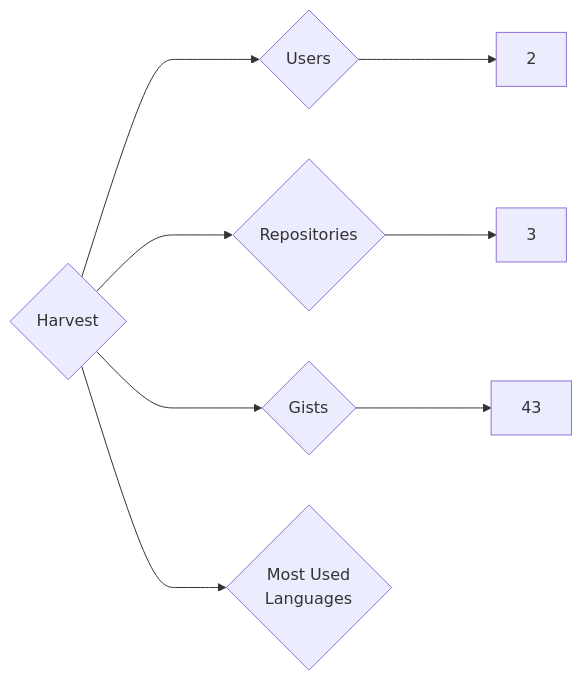
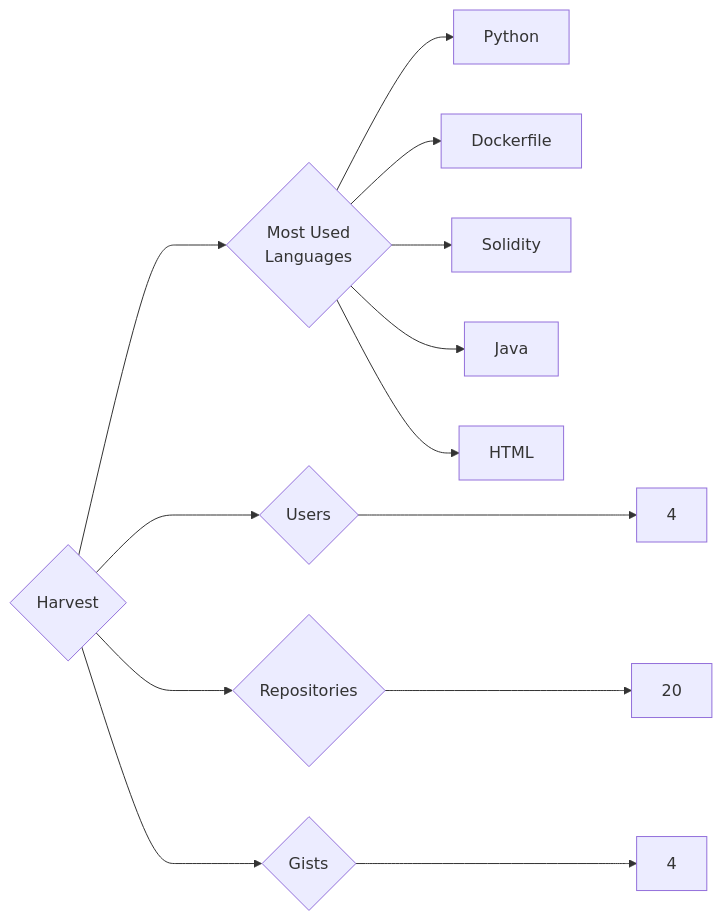
One commit to trickest/insiders changed the diagram in targets/Harvest/README.md. Above: the diagram before and after it, drawn with Mermaid. The commit also changed 1238 other files, not shown here.

````diff
--- a/targets/Harvest/README.md
+++ b/targets/Harvest/README.md
@@ -3,8 +3,13 @@
 ```mermaid
 graph LR
 COMPANY_NAME{Harvest}
-COMPANY_NAME ---> U{Users} ---> UN[2]
-COMPANY_NAME ---> R{Repositories} ---> RN[3]
-COMPANY_NAME ---> G{Gists} ---> GN[43]
+COMPANY_NAME ---> U{Users} ---> UN[4]
+COMPANY_NAME ---> R{Repositories} ---> RN[20]
+COMPANY_NAME ---> G{Gists} ---> GN[4]
 COMPANY_NAME ---> ML{Most Used<br>Languages}
+ML --> Python[Python]
+ML --> Dockerfile[Dockerfile]
+ML --> Solidity[Solidity]
+ML --> Java[Java]
+ML --> HTML[HTML]
 ```
````
